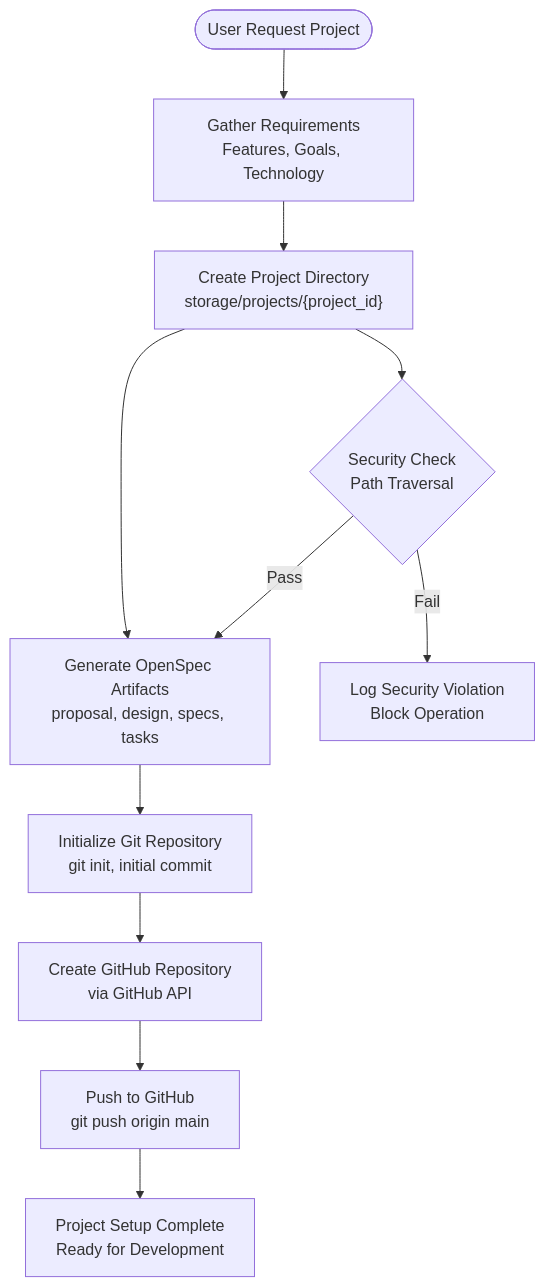
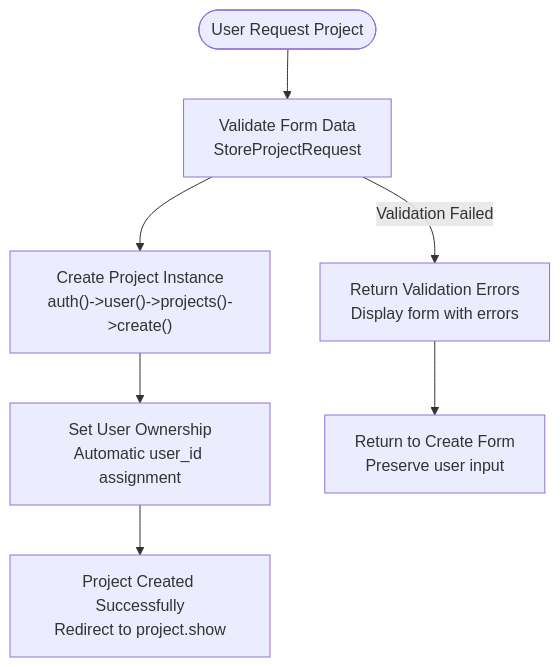
Before and after one commit to siimliimand/laravel-assistant: the fifth of 10 diagrams in .qoder/repowiki/en/content/Laravel Application Components/Project Management System.md, drawn with Mermaid. The commit also changed other lines of this file and 1 other file, not shown here.

First line of the commit message:
docs(project-management): update project management system documentation comprehensively

````diff
--- a/.qoder/repowiki/en/content/Laravel Application Components/Project Management System.md
+++ b/.qoder/repowiki/en/content/Laravel Application Components/Project Management System.md
@@ -278,13 +326,9 @@
 ```mermaid
 flowchart TD
-Start([User Request Project]) --> GatherRequirements["Gather Requirements<br/>Features, Goals, Technology"]
-GatherRequirements --> CreateDirectory["Create Project Directory<br/>storage/projects/{project_id}"]
-CreateDirectory --> GenerateSpecs["Generate OpenSpec Artifacts<br/>proposal, design, specs, tasks"]
-GenerateSpecs --> InitGit["Initialize Git Repository<br/>git init, initial commit"]
-InitGit --> CreateGitHub["Create GitHub Repository<br/>via GitHub API"]
-CreateGitHub --> PushToGitHub["Push to GitHub<br/>git push origin main"]
-PushToGitHub --> SetupComplete["Project Setup Complete<br/>Ready for Development"]
-CreateDirectory --> SecurityCheck{"Security Check<br/>Path Traversal"}
-SecurityCheck --> |Pass| GenerateSpecs
-SecurityCheck --> |Fail| Error["Log Security Violation<br/>Block Operation"]
+Start([User Request Project]) --> ValidateForm["Validate Form Data<br/>StoreProjectRequest"]
+ValidateForm --> CreateProject["Create Project Instance<br/>auth()->user()->projects()->create()"]
+CreateProject --> SetOwnership["Set User Ownership<br/>Automatic user_id assignment"]
+SetOwnership --> Success["Project Created Successfully<br/>Redirect to project.show"]
+ValidateForm --> |Validation Failed| Error["Return Validation Errors<br/>Display form with errors"]
+Error --> BackToForm["Return to Create Form<br/>Preserve user input"]
 ```
````
